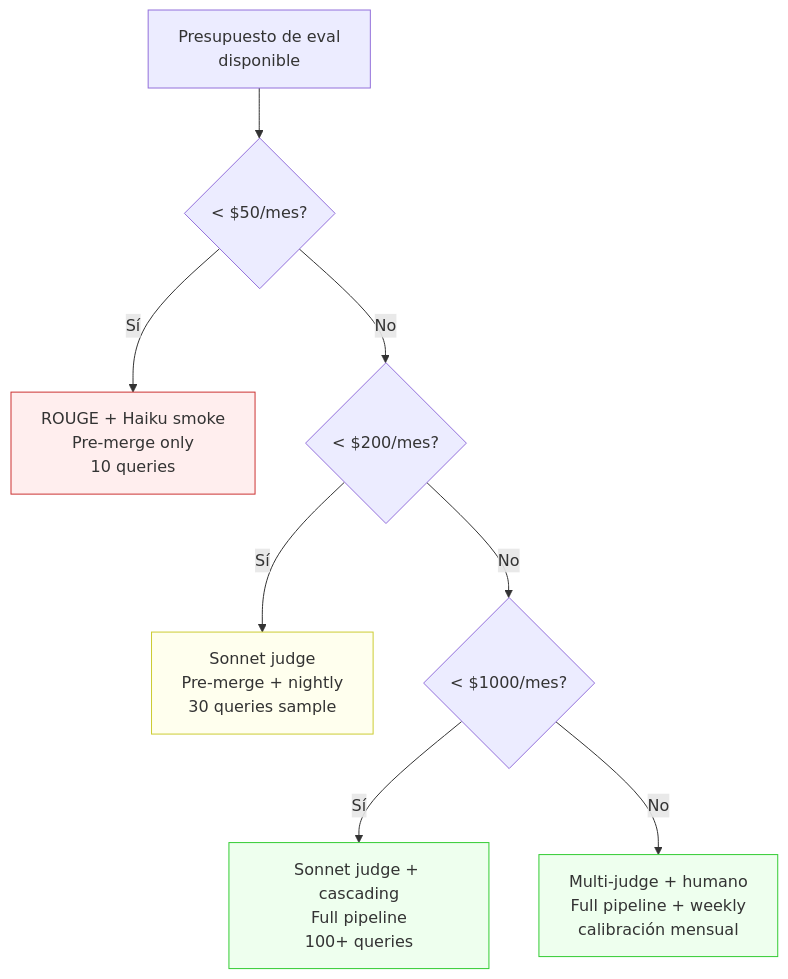
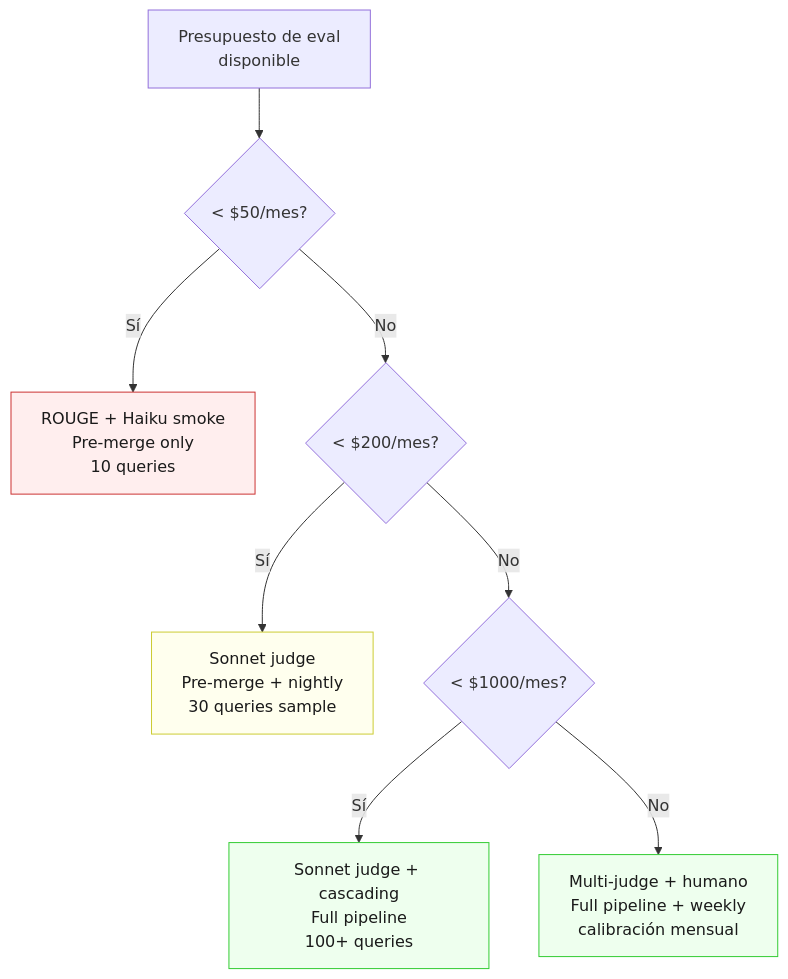
The sixth of 6 diagrams in 01-evals/theory/10-costo-pareto.md (Alonsomar/estudio-personal), drawn with Mermaid before and after one commit. The commit also changed other lines of this file and 20 other files, not shown here.

First line of the commit message:
fix(docs): texto oscuro en nodos Mermaid para legibilidad en modo oscuro

````diff
--- a/01-evals/theory/10-costo-pareto.md
+++ b/01-evals/theory/10-costo-pareto.md
@@ -264,16 +264,16 @@
 ```mermaid
 graph TD
     B["Presupuesto de eval<br/>disponible"]
     B --> Q1{"< $50/mes?"}
     Q1 -- Sí --> C1["ROUGE + Haiku smoke<br/>Pre-merge only<br/>10 queries"]
     Q1 -- No --> Q2{" < $200/mes?"}
     Q2 -- Sí --> C2["Sonnet judge<br/>Pre-merge + nightly<br/>30 queries sample"]
     Q2 -- No --> Q3{"< $1000/mes?"}
     Q3 -- Sí --> C3["Sonnet judge + cascading<br/>Full pipeline<br/>100+ queries"]
     Q3 -- No --> C4["Multi-judge + humano<br/>Full pipeline + weekly<br/>calibración mensual"]
     
-    style C1 fill:#fee,stroke:#c33
-    style C2 fill:#ffe,stroke:#cc3
-    style C3 fill:#efe,stroke:#3c3
-    style C4 fill:#efe,stroke:#3c3
+    style C1 fill:#fee,stroke:#c33,color:#1a1a1a
+    style C2 fill:#ffe,stroke:#cc3,color:#1a1a1a
+    style C3 fill:#efe,stroke:#3c3,color:#1a1a1a
+    style C4 fill:#efe,stroke:#3c3,color:#1a1a1a
 ```
````
